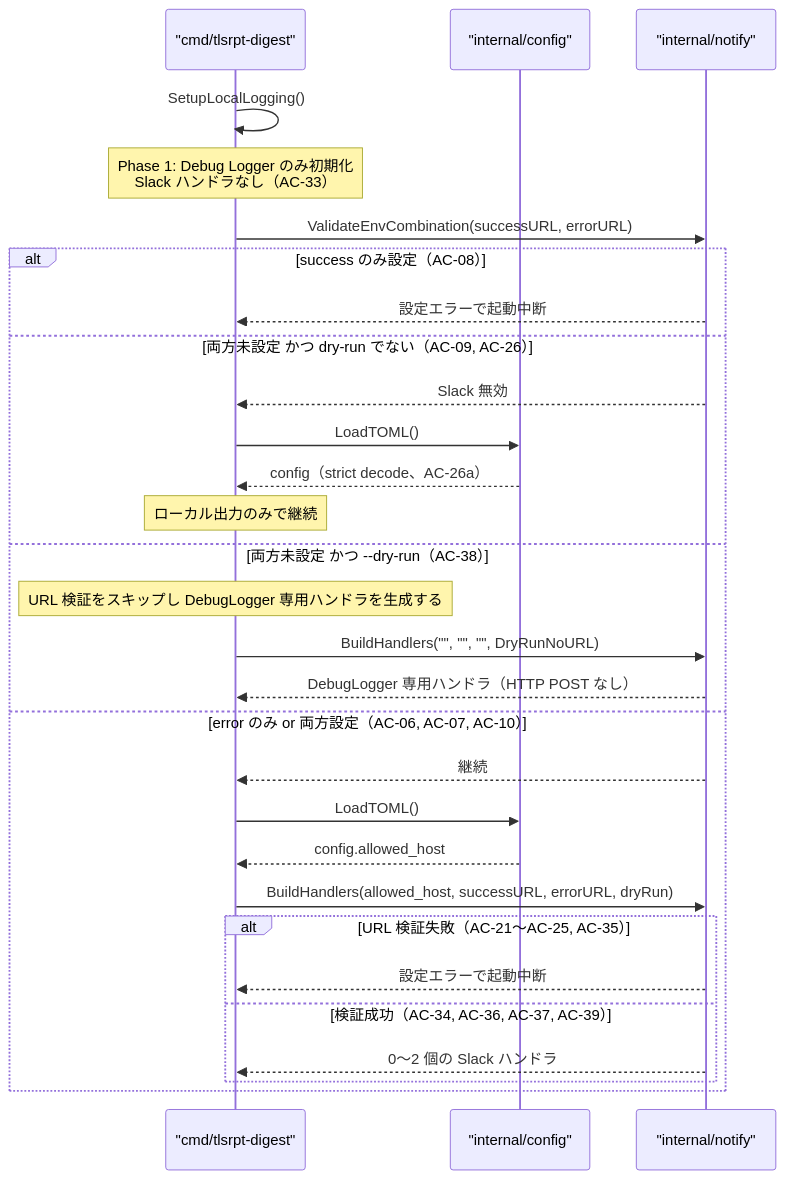
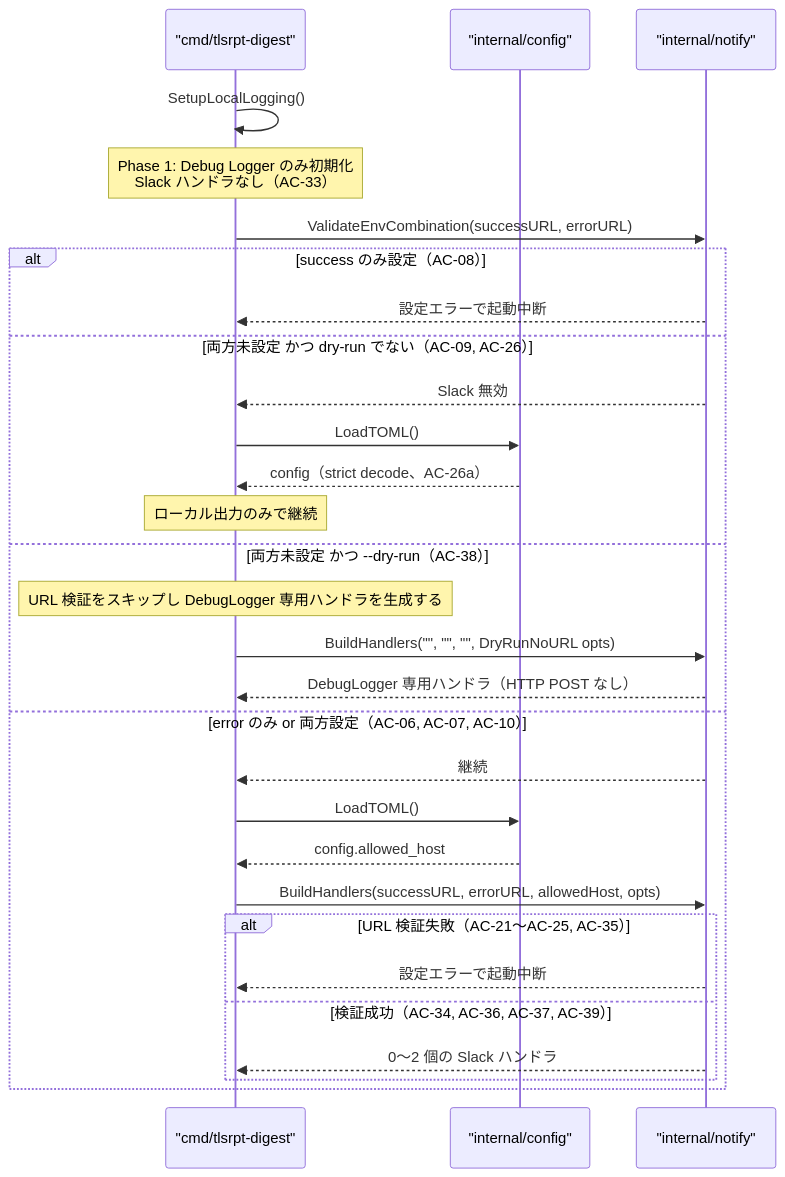
One commit to isseis/tlsrpt-digest changed the sixth of 11 diagrams in docs/tasks/0030_slack_notify/02_architecture.md. Above: the diagram before and after it, drawn with Mermaid. The commit also changed other lines of this file and 1 other file, not shown here.

````diff
--- a/docs/tasks/0030_slack_notify/02_architecture.md
+++ b/docs/tasks/0030_slack_notify/02_architecture.md
@@ -146,33 +146,33 @@
 ```mermaid
 sequenceDiagram
     participant M as "cmd/tlsrpt-digest"
     participant C as "internal/config"
     participant N as "internal/notify"
 
     M->>M: SetupLocalLogging()
     Note over M: Phase 1: Debug Logger のみ初期化<br>Slack ハンドラなし（AC-33）
 
     M->>N: ValidateEnvCombination(successURL, errorURL)
     alt success のみ設定（AC-08）
         N-->>M: 設定エラーで起動中断
     else 両方未設定 かつ dry-run でない（AC-09, AC-26）
         N-->>M: Slack 無効
         M->>C: LoadTOML()
         C-->>M: config（strict decode、AC-26a）
         Note over M: ローカル出力のみで継続
     else 両方未設定 かつ --dry-run（AC-38）
         Note over M: URL 検証をスキップし DebugLogger 専用ハンドラを生成する
-        M->>N: BuildHandlers("", "", "", DryRunNoURL)
+        M->>N: BuildHandlers("", "", "", DryRunNoURL opts)
         N-->>M: DebugLogger 専用ハンドラ（HTTP POST なし）
     else error のみ or 両方設定（AC-06, AC-07, AC-10）
         N-->>M: 継続
         M->>C: LoadTOML()
         C-->>M: config.allowed_host
-        M->>N: BuildHandlers(allowed_host, successURL, errorURL, dryRun)
+        M->>N: BuildHandlers(successURL, errorURL, allowedHost, opts)
         alt URL 検証失敗（AC-21〜AC-25, AC-35）
             N-->>M: 設定エラーで起動中断
         else 検証成功（AC-34, AC-36, AC-37, AC-39）
             N-->>M: 0〜2 個の Slack ハンドラ
         end
     end
 ```
````
